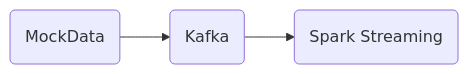
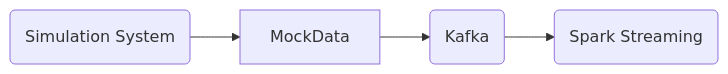
One commit to abcgz133/spark_project changed the diagram in FiveMinuteFromKafkaTrend/Readme.md. Above: the diagram before and after it, drawn with Mermaid.

````diff
--- a/FiveMinuteFromKafkaTrend/Readme.md
+++ b/FiveMinuteFromKafkaTrend/Readme.md
@@ -22,5 +22,5 @@
 ```mermaid
 flowchart LR
-    A(MockData) --> B(Kafka) --> C(Spark Streaming)
+    A(Simulation System)--> MockData--> B(Kafka) --> C(Spark Streaming)
     
 ```
````
